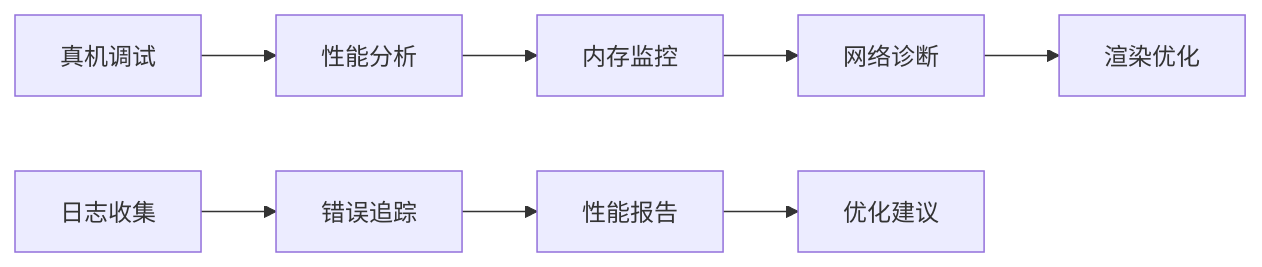
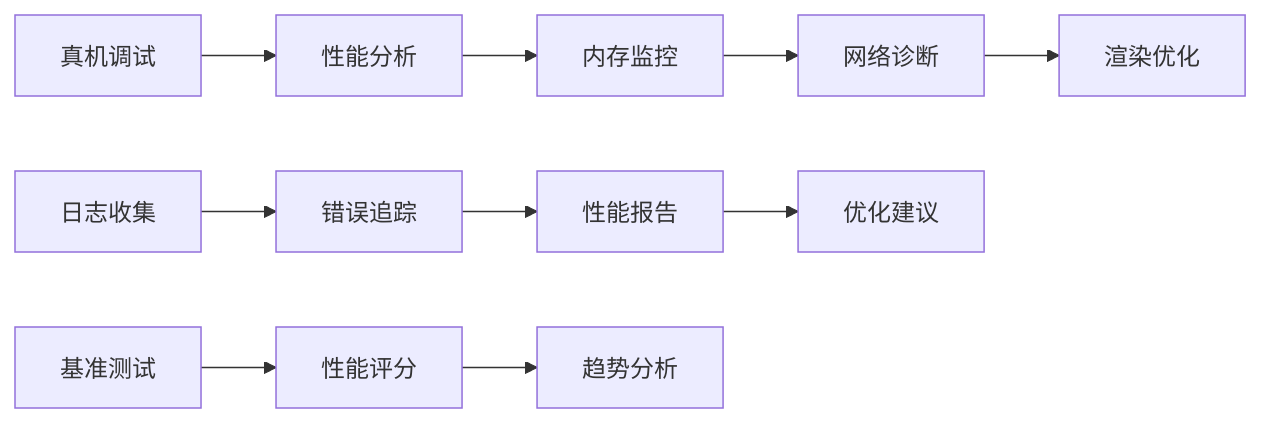
One commit to zhangxin19911211-creator/Project_BabyAssistant changed the fourth of 14 diagrams in .qoder/repowiki/zh/content/性能优化/性能监控方案.md. Above: the diagram before and after it, drawn with Mermaid. The commit also changed other lines of this file and 24 other files, not shown here.

````diff
--- a/.qoder/repowiki/zh/content/性能优化/性能监控方案.md
+++ b/.qoder/repowiki/zh/content/性能优化/性能监控方案.md
@@ -193,10 +264,12 @@
 ```mermaid
 graph LR
 A[真机调试] --> B[性能分析]
 B --> C[内存监控]
 C --> D[网络诊断]
 D --> E[渲染优化]
 F[日志收集] --> G[错误追踪]
 G --> H[性能报告]
 H --> I[优化建议]
+J[基准测试] --> K[性能评分]
+K --> L[趋势分析]
 ```
````
